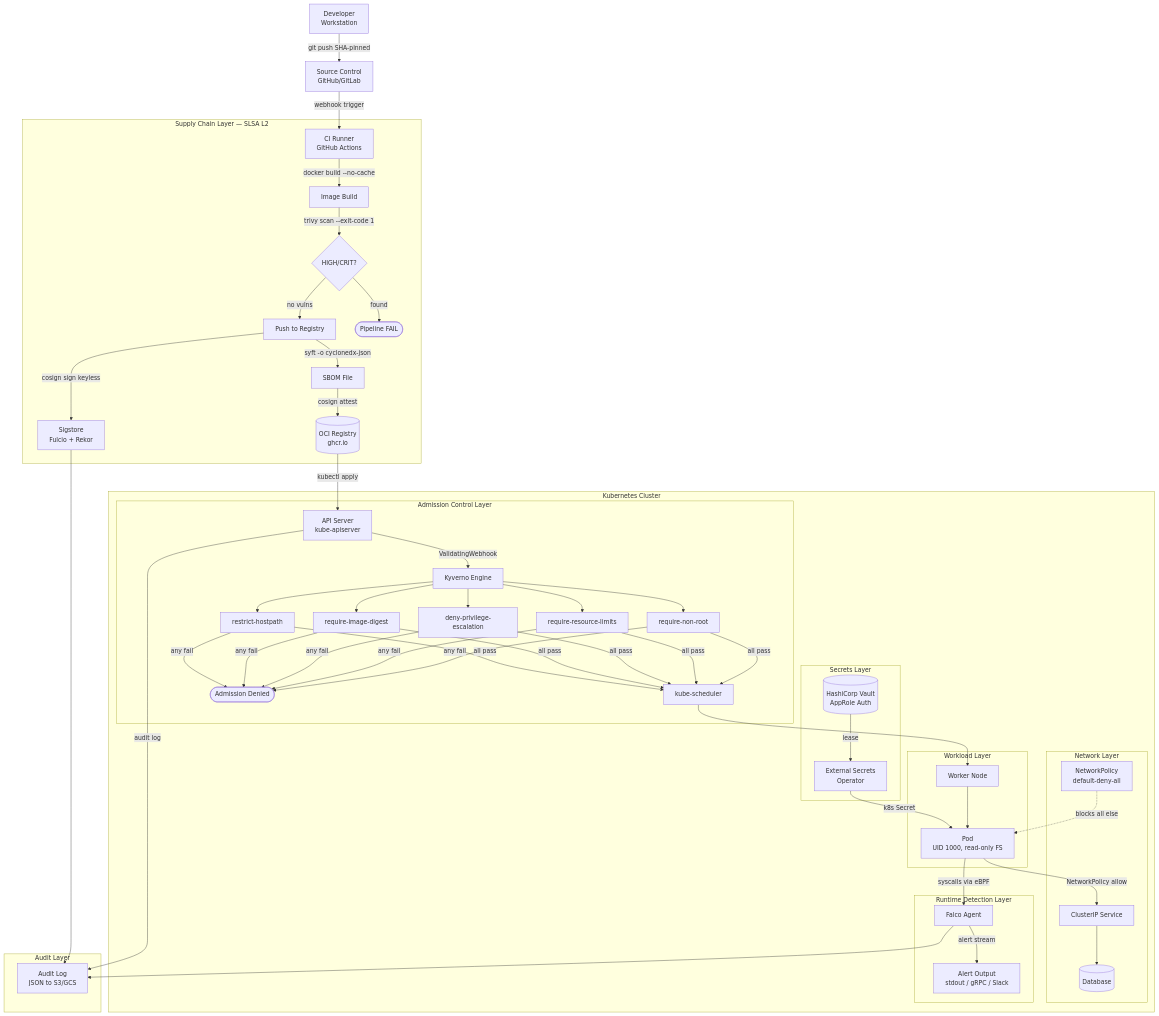
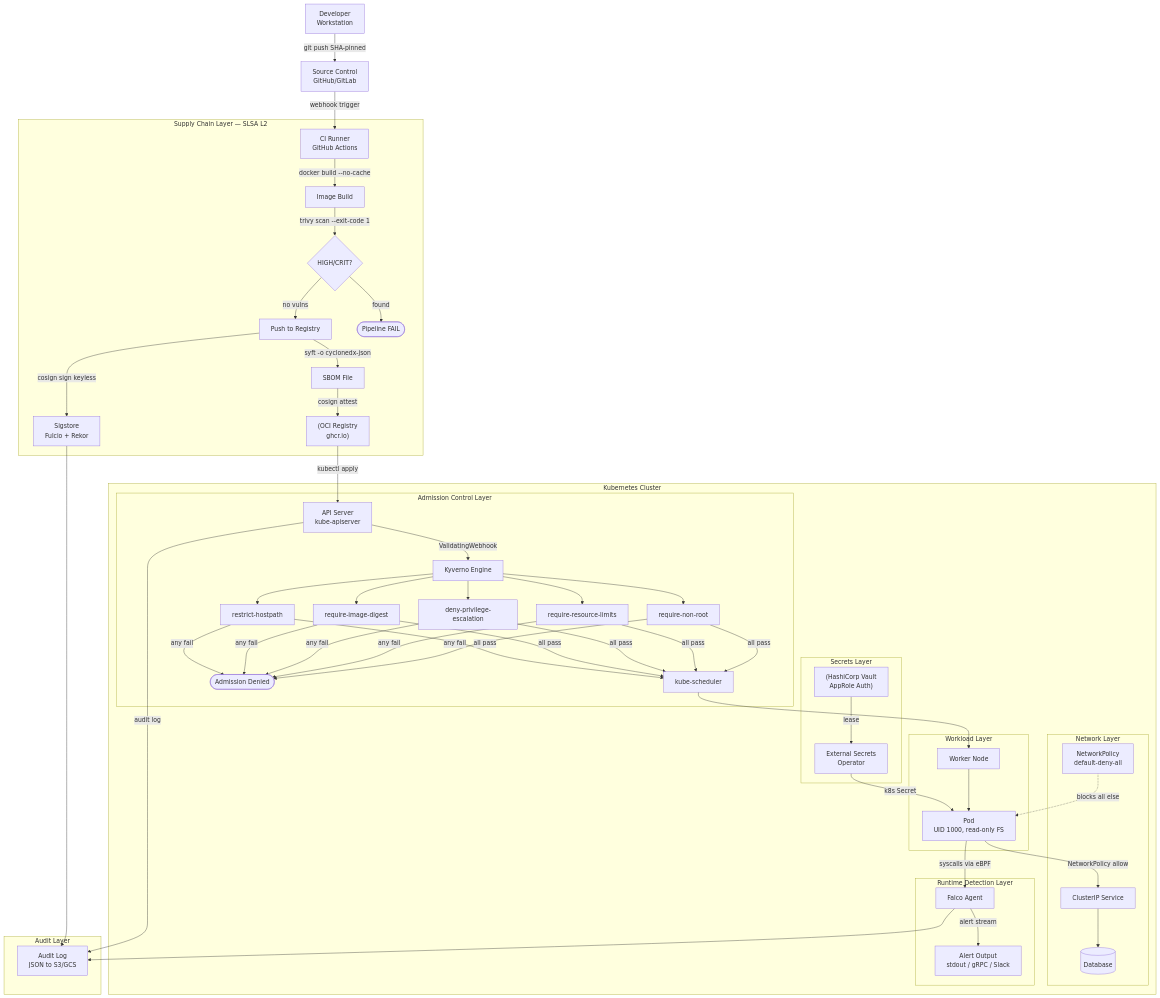
Before and after one commit to srinivaskona7/devops-learning: the first of 3 diagrams in 08-projects/08-security-hardening-lab/architecture.md, drawn with Mermaid. The commit also changed other lines of this file and 220 other files, not shown here.

````diff
--- a/08-projects/08-security-hardening-lab/architecture.md
+++ b/08-projects/08-security-hardening-lab/architecture.md
@@ -7,56 +7,56 @@
 ```mermaid
 flowchart TB
-    DEV[Developer<br/>Workstation] -->|git push SHA-pinned| SCM[Source Control<br/>GitHub/GitLab]
-    SCM -->|webhook trigger| CI[CI Runner<br/>GitHub Actions]
+    DEV["Developer<br/>Workstation"] -->|git push SHA-pinned| SCM["Source Control<br/>GitHub/GitLab"]
+    SCM -->|webhook trigger| CI["CI Runner<br/>GitHub Actions"]
 
     subgraph SupplyChain["Supply Chain Layer — SLSA L2"]
         CI -->|docker build --no-cache| BUILD[Image Build]
         BUILD -->|trivy scan --exit-code 1| TRIVYGATE{HIGH/CRIT?}
         TRIVYGATE -->|no vulns| PUSH[Push to Registry]
         TRIVYGATE -->|found| FAIL([Pipeline FAIL])
-        PUSH -->|cosign sign keyless| SIGSTORE[Sigstore<br/>Fulcio + Rekor]
+        PUSH -->|cosign sign keyless| SIGSTORE["Sigstore<br/>Fulcio + Rekor"]
         PUSH -->|syft -o cyclonedx-json| SBOM[SBOM File]
-        SBOM -->|cosign attest| REG[(OCI Registry<br/>ghcr.io)]
+        SBOM -->|cosign attest| REG["(OCI Registry<br/>ghcr.io)"]
     end
 
     subgraph Cluster["Kubernetes Cluster"]
         subgraph Admission["Admission Control Layer"]
-            REG -->|kubectl apply| API[API Server<br/>kube-apiserver]
+            REG -->|kubectl apply| API["API Server<br/>kube-apiserver"]
             API -->|ValidatingWebhook| KYV[Kyverno Engine]
             KYV --> P1[require-non-root]
             KYV --> P2[require-resource-limits]
             KYV --> P3[deny-privilege-escalation]
             KYV --> P4[require-image-digest]
             KYV --> P5[restrict-hostpath]
             P1 & P2 & P3 & P4 & P5 -->|all pass| SCHED[kube-scheduler]
             P1 & P2 & P3 & P4 & P5 -->|any fail| DENY([Admission Denied])
         end
 
         subgraph WorkloadLayer["Workload Layer"]
             SCHED --> NODE[Worker Node]
-            NODE --> POD[Pod<br/>UID 1000, read-only FS]
+            NODE --> POD["Pod<br/>UID 1000, read-only FS"]
         end
 
         subgraph SecretsLayer["Secrets Layer"]
-            VAULT[(HashiCorp Vault<br/>AppRole Auth)] -->|lease| ESO[External Secrets<br/>Operator]
+            VAULT["(HashiCorp Vault<br/>AppRole Auth)"] -->|lease| ESO["External Secrets<br/>Operator"]
             ESO -->|k8s Secret| POD
         end
 
         subgraph NetworkLayer["Network Layer"]
             POD -->|NetworkPolicy allow| SVC[ClusterIP Service]
             SVC --> DB[(Database)]
-            NP[NetworkPolicy<br/>default-deny-all] -.->|blocks all else| POD
+            NP["NetworkPolicy<br/>default-deny-all"] -.->|blocks all else| POD
         end
 
         subgraph RuntimeLayer["Runtime Detection Layer"]
             POD -->|syscalls via eBPF| FALCO[Falco Agent]
-            FALCO -->|alert stream| OUTPUT[Alert Output<br/>stdout / gRPC / Slack]
+            FALCO -->|alert stream| OUTPUT["Alert Output<br/>stdout / gRPC / Slack"]
         end
     end
 
     subgraph Audit["Audit Layer"]
-        API -->|audit log| AUDITLOG[Audit Log<br/>JSON to S3/GCS]
+        API -->|audit log| AUDITLOG["Audit Log<br/>JSON to S3/GCS"]
         FALCO --> AUDITLOG
         SIGSTORE --> AUDITLOG
     end
 ```
````
